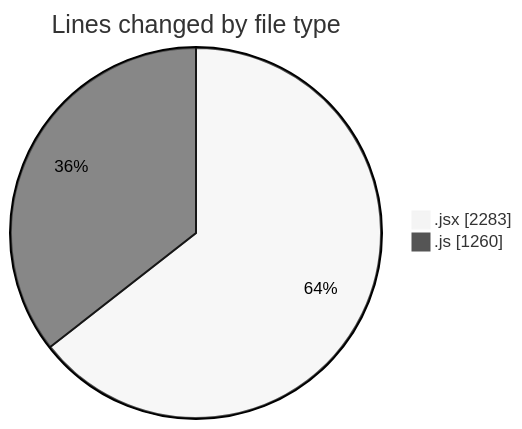
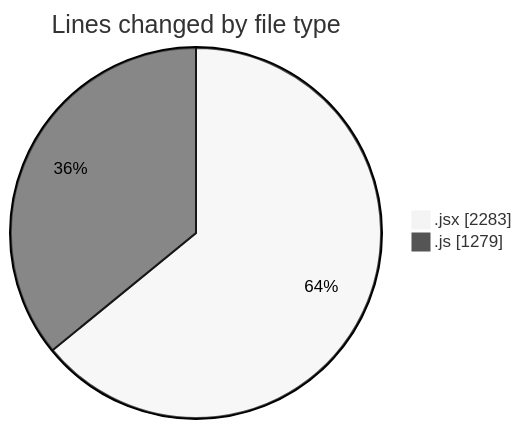
Before and after one commit to nxtqubesakshisongat/code-tracking: the first of 2 diagrams in 2025-11-13/argos/README.md, drawn with Mermaid (neutral theme). The commit also changed other lines of this file and 1 other file, not shown here.

````diff
--- a/2025-11-13/argos/README.md
+++ b/2025-11-13/argos/README.md
@@ -33,6 +33,6 @@
 ```mermaid
 pie showData
 title Lines changed by file type
 ".jsx" : 2283
-".js" : 1260
+".js" : 1279
 ```
````
